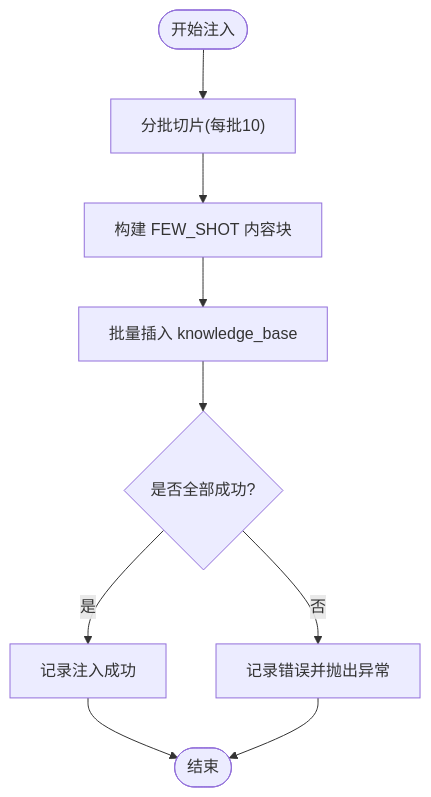
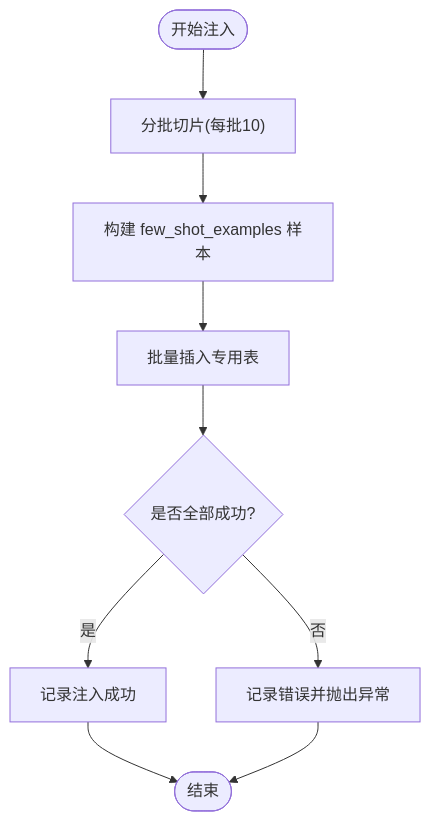
One commit to dgjin/smart-data-analytics changed the third of 7 diagrams in .qoder/repowiki/zh/content/知识库系统/少样本注入服务.md. Above: the diagram before and after it, drawn with Mermaid. The commit also changed other lines of this file and 100 other files, not shown here.

````diff
--- a/.qoder/repowiki/zh/content/知识库系统/少样本注入服务.md
+++ b/.qoder/repowiki/zh/content/知识库系统/少样本注入服务.md
@@ -159,11 +176,11 @@
 ```mermaid
 flowchart TD
 Start(["开始注入"]) --> Batch["分批切片(每批10)"]
-Batch --> BuildContent["构建 FEW_SHOT 内容块"]
-BuildContent --> Insert["批量插入 knowledge_base"]
+Batch --> BuildContent["构建 few_shot_examples 样本"]
+BuildContent --> Insert["批量插入专用表"]
 Insert --> Success{"是否全部成功?"}
 Success --> |是| LogOK["记录注入成功"]
 Success --> |否| LogErr["记录错误并抛出异常"]
 LogOK --> End(["结束"])
 LogErr --> End
 ```
````
